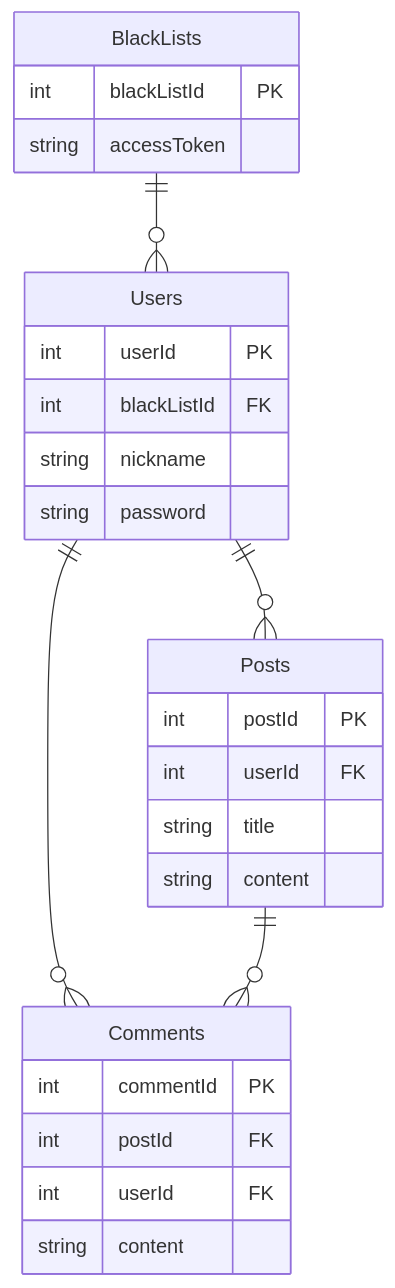
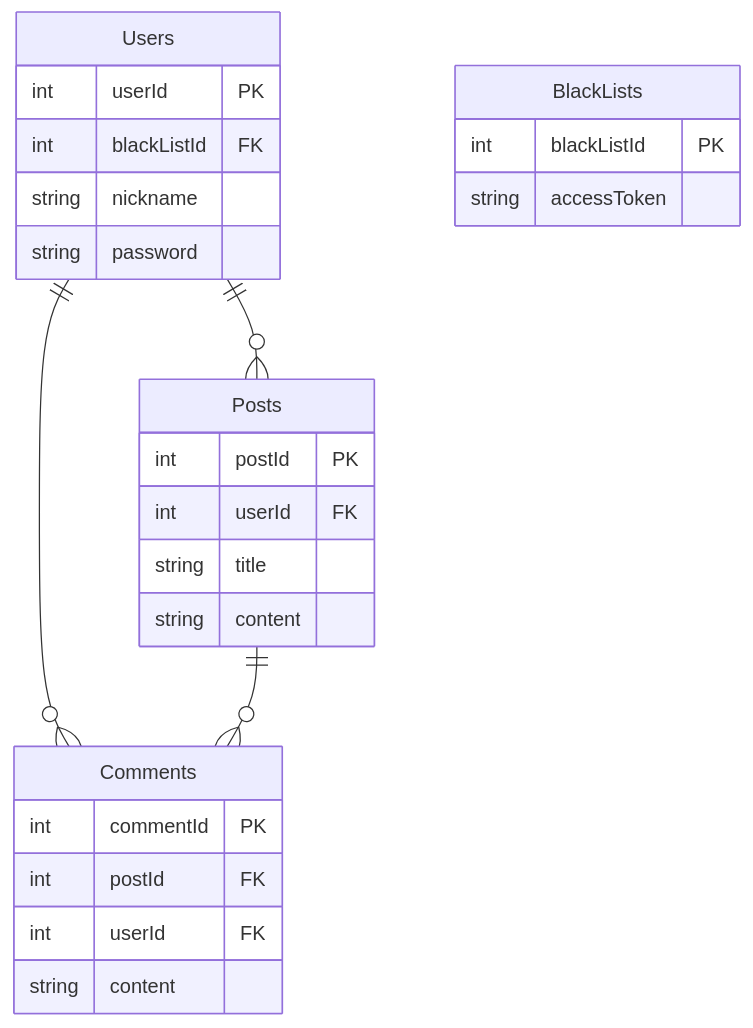
One commit to ChoiWheatley/ChoiWheatley.github.io changed the third of 3 diagrams in docs/express.js 과제 {swjungle}.md. Above: the diagram before and after it, drawn with Mermaid. The commit also changed other lines of this file, not shown here.

````diff
--- a/docs/express.js 과제 {swjungle}.md
+++ b/docs/express.js 과제 {swjungle}.md
@@ -195,33 +195,32 @@
 ```mermaid
 erDiagram
 	Users ||--o{ Posts: ""
 	Users ||--o{ Comments: ""
 	Posts ||--o{ Comments: ""
-	BlackLists ||--o{ Users: ""
 
 	BlackLists {
 		int blackListId PK
 		string accessToken
 	}
 
 	Users {
 		int userId PK
 		int blackListId FK
 		string nickname
 		string password
 	}
 
 	Posts {
 		int postId PK
 		int userId FK
 		string title
 		string content
 	}
  
 	Comments {
 		int commentId PK
 		int postId FK
 		int userId FK
 		string content
 	}
 ```
````
